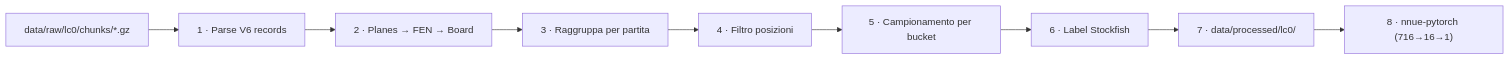
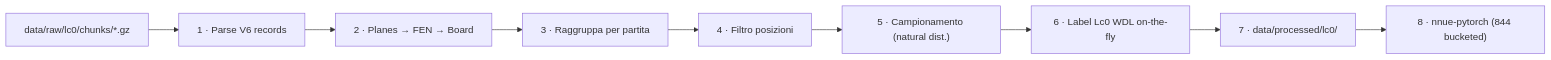
Before and after one commit to Omega97/TinyML_Internship: the diagram in NOTES/Lc0 preprocessing pipeline.md, drawn with Mermaid. The commit also changed other lines of this file and 9 other files, not shown here.

````diff
--- a/NOTES/Lc0 preprocessing pipeline.md
+++ b/NOTES/Lc0 preprocessing pipeline.md
@@ -35,14 +35,14 @@
 ```mermaid
 flowchart LR
     RAW["data/raw/lc0/chunks/*.gz"]
     PARSE["1 · Parse V6 records"]
     FEN["2 · Planes → FEN → Board"]
     GAME["3 · Raggruppa per partita"]
     FILTER["4 · Filtro posizioni"]
-    SAMPLE["5 · Campionamento per bucket"]
-    LABEL["6 · Label Stockfish"]
+    SAMPLE["5 · Campionamento (natural dist.)"]
+    LABEL["6 · Label Lc0 WDL on-the-fly"]
     EXPORT["7 · data/processed/lc0/"]
-    TRAIN["8 · nnue-pytorch (716→16→1)"]
+    TRAIN["8 · nnue-pytorch (844 bucketed)"]
 
     RAW --> PARSE --> FEN --> GAME --> FILTER --> SAMPLE --> LABEL --> EXPORT --> TRAIN
 ```
````
